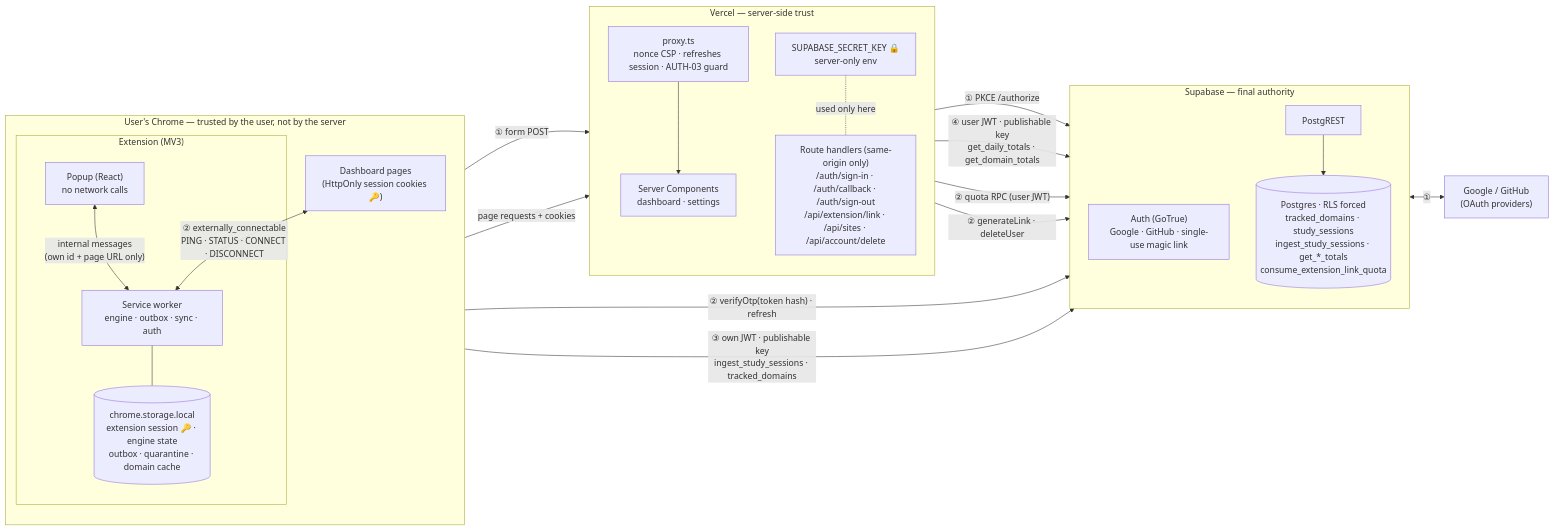
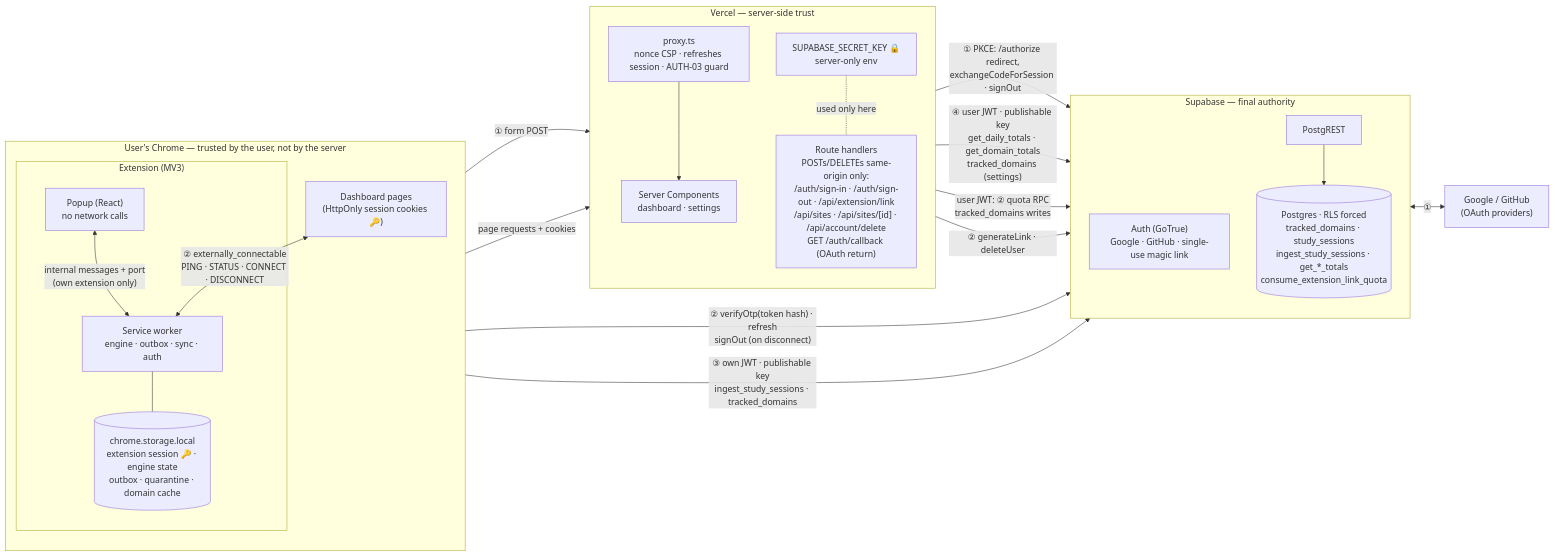
One commit to vbenedito/careeros changed the first of 4 diagrams in docs/architecture.md. Above: the diagram before and after it, drawn with Mermaid. The commit also changed other lines of this file, not shown here.

Commit message:
docs(architecture): diagram corrections from review
Adds /api/sites/[id], the PKCE code exchange and signOut calls, tracked_domains
traffic of both server paths, all sync triggers; /auth/callback is the OAuth GET return.

Claude-Session: https://claude.ai/code/session_01XpoDVSGYq28GCcCEVbqc7s

````diff
--- a/docs/architecture.md
+++ b/docs/architecture.md
@@ -9,44 +9,44 @@
 ```mermaid
 flowchart LR
   subgraph CHROME["User's Chrome — trusted by the user, not by the server"]
     direction TB
     subgraph EXT["Extension (MV3)"]
       POP["Popup (React)<br/>no network calls"]
       SW["Service worker<br/>engine · outbox · sync · auth"]
       LS[("chrome.storage.local<br/>extension session 🔑 · engine state<br/>outbox · quarantine · domain cache")]
-      POP <-- "internal messages<br/>(own id + page URL only)" --> SW
+      POP <-- "internal messages + port<br/>(own extension only)" --> SW
       SW --- LS
     end
     DUI["Dashboard pages<br/>(HttpOnly session cookies 🔑)"]
   end
 
   subgraph VERCEL["Vercel — server-side trust"]
     direction TB
     PX["proxy.ts<br/>nonce CSP · refreshes session · AUTH-03 guard"]
     RSC["Server Components<br/>dashboard · settings"]
-    RH["Route handlers (same-origin only)<br/>/auth/sign-in · /auth/callback · /auth/sign-out<br/>/api/extension/link · /api/sites · /api/account/delete"]
+    RH["Route handlers<br/>POSTs/DELETEs same-origin only:<br/>/auth/sign-in · /auth/sign-out · /api/extension/link<br/>/api/sites · /api/sites/[id] · /api/account/delete<br/>GET /auth/callback (OAuth return)"]
     SEC["SUPABASE_SECRET_KEY 🔒<br/>server-only env"]
   end
 
   subgraph SUPA["Supabase — final authority"]
     direction TB
     GA["Auth (GoTrue)<br/>Google · GitHub · single-use magic link"]
     API["PostgREST"]
     DB[("Postgres · RLS forced<br/>tracked_domains · study_sessions<br/>ingest_study_sessions · get_*_totals<br/>consume_extension_link_quota")]
     API --> DB
   end
 
   GP["Google / GitHub<br/>(OAuth providers)"]
 
   DUI -- "① form POST" --> RH
-  RH -- "① PKCE /authorize" --> GA
+  RH -- "① PKCE: /authorize redirect,<br/>exchangeCodeForSession · signOut" --> GA
   GA <-- "①" --> GP
   DUI -- "page requests + cookies" --> PX --> RSC
-  RSC -- "④ user JWT · publishable key<br/>get_daily_totals · get_domain_totals" --> API
-  RH -- "② quota RPC (user JWT)" --> API
+  RSC -- "④ user JWT · publishable key<br/>get_daily_totals · get_domain_totals<br/>tracked_domains (settings)" --> API
+  RH -- "user JWT: ② quota RPC<br/>tracked_domains writes" --> API
   RH -- "② generateLink · deleteUser" --> GA
   SEC -. "used only here" .- RH
   DUI <-- "② externally_connectable<br/>PING · STATUS · CONNECT · DISCONNECT" --> SW
-  SW -- "② verifyOtp(token hash) · refresh" --> GA
+  SW -- "② verifyOtp(token hash) · refresh<br/>signOut (on disconnect)" --> GA
   SW -- "③ own JWT · publishable key<br/>ingest_study_sessions · tracked_domains" --> API
 ```
````
